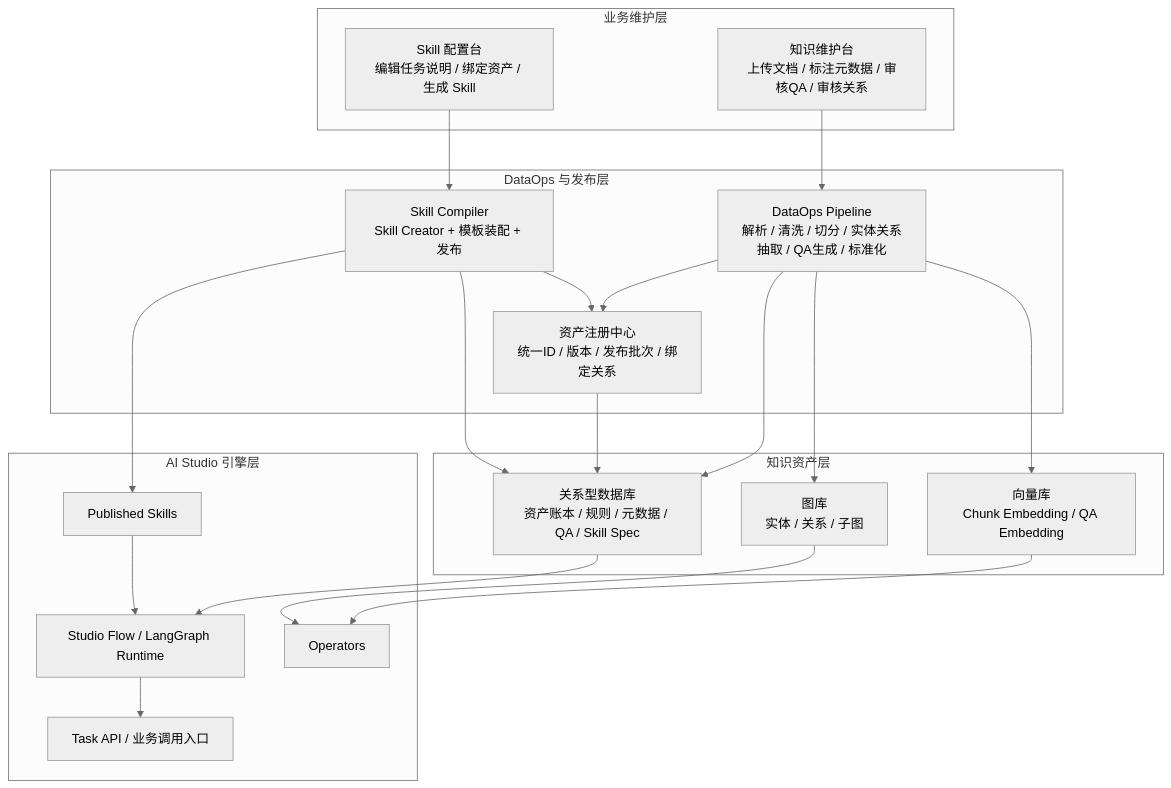
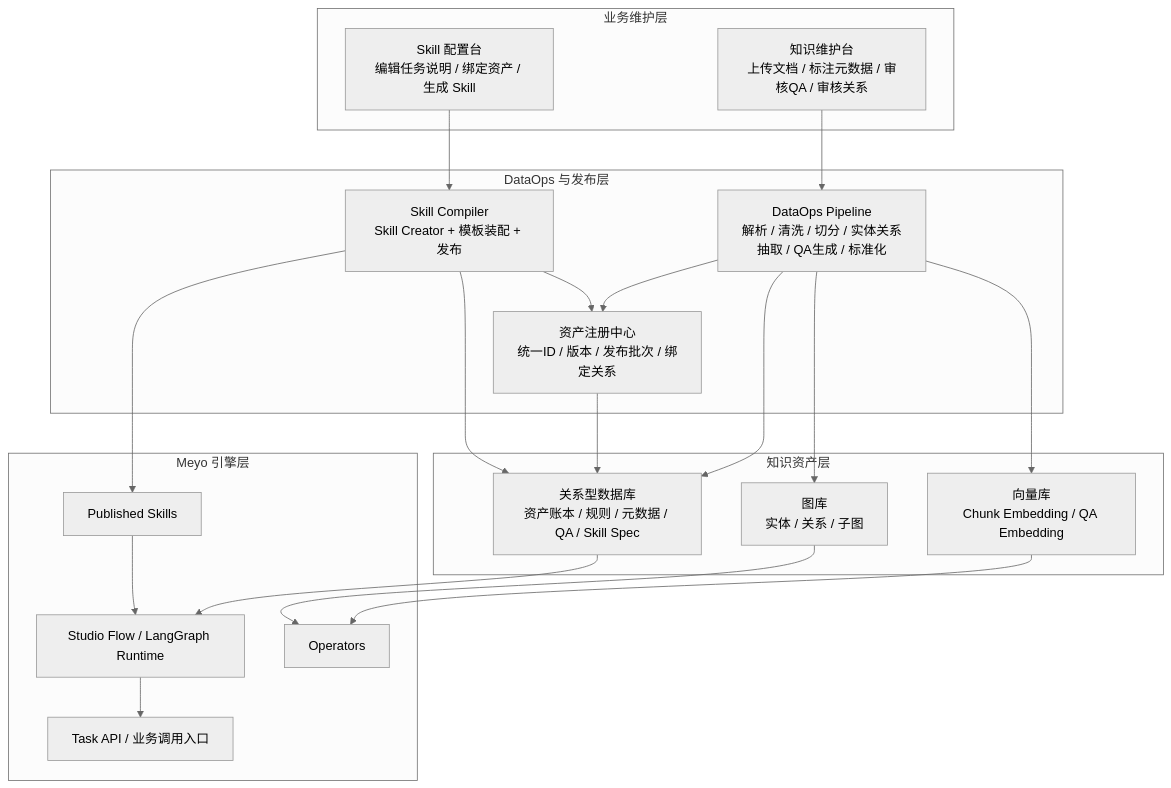
One commit to memoryDemo/ai-studio changed the first of 3 diagrams in docs/docs/application/base_project/functional_design.md. Above: the diagram before and after it, drawn with Mermaid (neutral theme). The commit also changed other lines of this file and 48 other files, not shown here.

Commit message:
add: 调整项目名称为 meyo , 生成产品logo图. 并且修改对应文档.

````diff
--- a/docs/docs/application/base_project/functional_design.md
+++ b/docs/docs/application/base_project/functional_design.md
@@ -35,47 +35,47 @@
 ```mermaid
 flowchart TB
   classDef biz fill:#ecfeff,stroke:#0891b2,color:#0f172a;
   classDef ops fill:#fff7ed,stroke:#f59e0b,color:#0f172a;
   classDef store fill:#eef2ff,stroke:#6366f1,color:#0f172a;
   classDef engine fill:#f1f5f9,stroke:#64748b,color:#0f172a;
 
   subgraph BIZ["业务维护层"]
     DOCUI["知识维护台<br/>上传文档 / 标注元数据 / 审核QA / 审核关系"]
     SKUI["Skill 配置台<br/>编辑任务说明 / 绑定资产 / 生成 Skill"]
   end
 
   subgraph OPS["DataOps 与发布层"]
     PIPE["DataOps Pipeline<br/>解析 / 清洗 / 切分 / 实体关系抽取 / QA生成 / 标准化"]
     REG["资产注册中心<br/>统一ID / 版本 / 发布批次 / 绑定关系"]
     COMP["Skill Compiler<br/>Skill Creator + 模板装配 + 发布"]
   end
 
   subgraph STORE["知识资产层"]
     PG["关系型数据库<br/>资产账本 / 规则 / 元数据 / QA / Skill Spec"]
     VDB["向量库<br/>Chunk Embedding / QA Embedding"]
     GDB["图库<br/>实体 / 关系 / 子图"]
   end
 
-  subgraph ENGINE["AI Studio 引擎层"]
+  subgraph ENGINE["Meyo 引擎层"]
     FLOW["Studio Flow / LangGraph Runtime"]
     OPS2["Operators"]
     SKILL["Published Skills"]
     API["Task API / 业务调用入口"]
   end
 
   DOCUI --> PIPE --> REG
   PIPE --> PG
   PIPE --> VDB
   PIPE --> GDB
   REG --> PG
 
   SKUI --> COMP --> SKILL
   COMP --> PG
   COMP --> REG
 
   PG --> FLOW
   VDB --> OPS2
   GDB --> OPS2
   SKILL --> FLOW
   FLOW --> API
 ```
````
